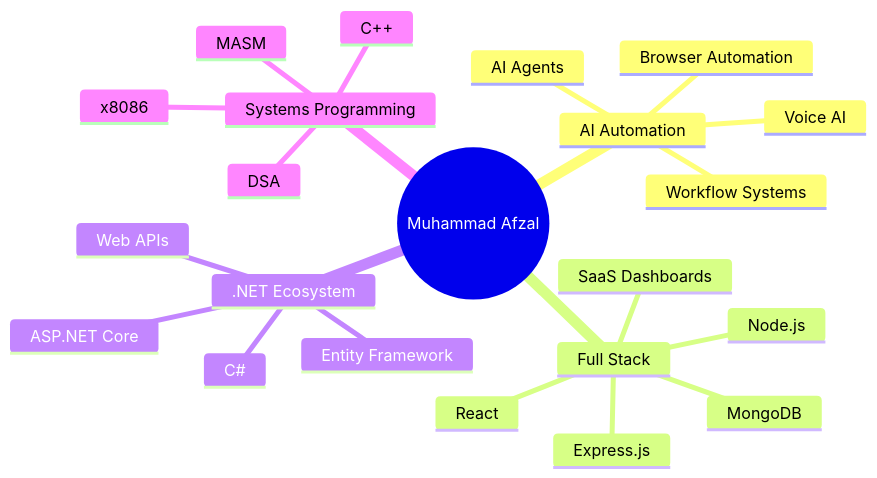
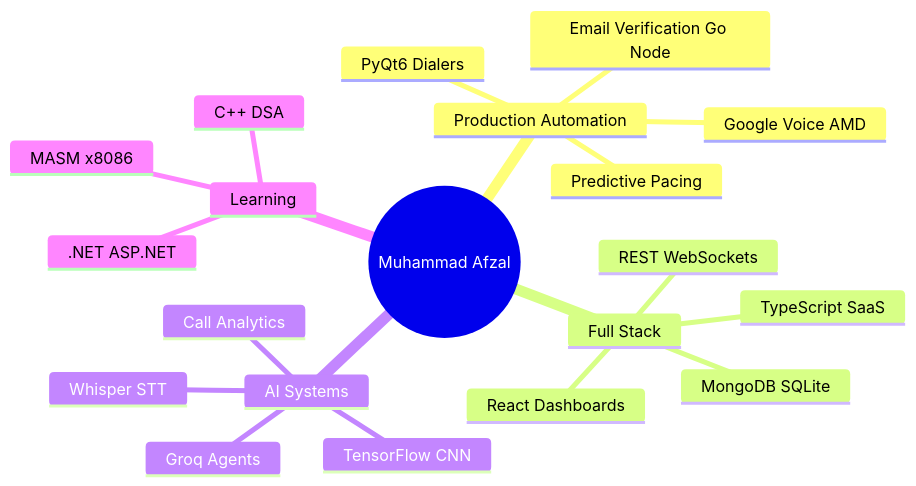
Before and after one commit to mafzalkalwardev/mafzalkalwardev: the diagram in README.md, drawn with Mermaid. The commit also changed other lines of this file, not shown here.

````diff
--- a/README.md
+++ b/README.md
@@ -195,28 +248,23 @@
 ```mermaid
 mindmap
   root((Muhammad Afzal))
-    AI Automation
-      Voice AI
-      Browser Automation
-      AI Agents
-      Workflow Systems
-
+    Production Automation
+      PyQt6 Dialers
+      Google Voice AMD
+      Predictive Pacing
+      Email Verification Go Node
     Full Stack
-      Node.js
-      Express.js
-      MongoDB
-      React
-      SaaS Dashboards
-
-    .NET Ecosystem
-      C#
-      ASP.NET Core
-      Entity Framework
-      Web APIs
-
-    Systems Programming
-      C++
-      DSA
-      MASM
-      x8086
+      TypeScript SaaS
+      React Dashboards
+      MongoDB SQLite
+      REST WebSockets
+    AI Systems
+      Whisper STT
+      Groq Agents
+      Call Analytics
+      TensorFlow CNN
+    Learning
+      C++ DSA
+      .NET ASP.NET
+      MASM x8086
 ```
````
